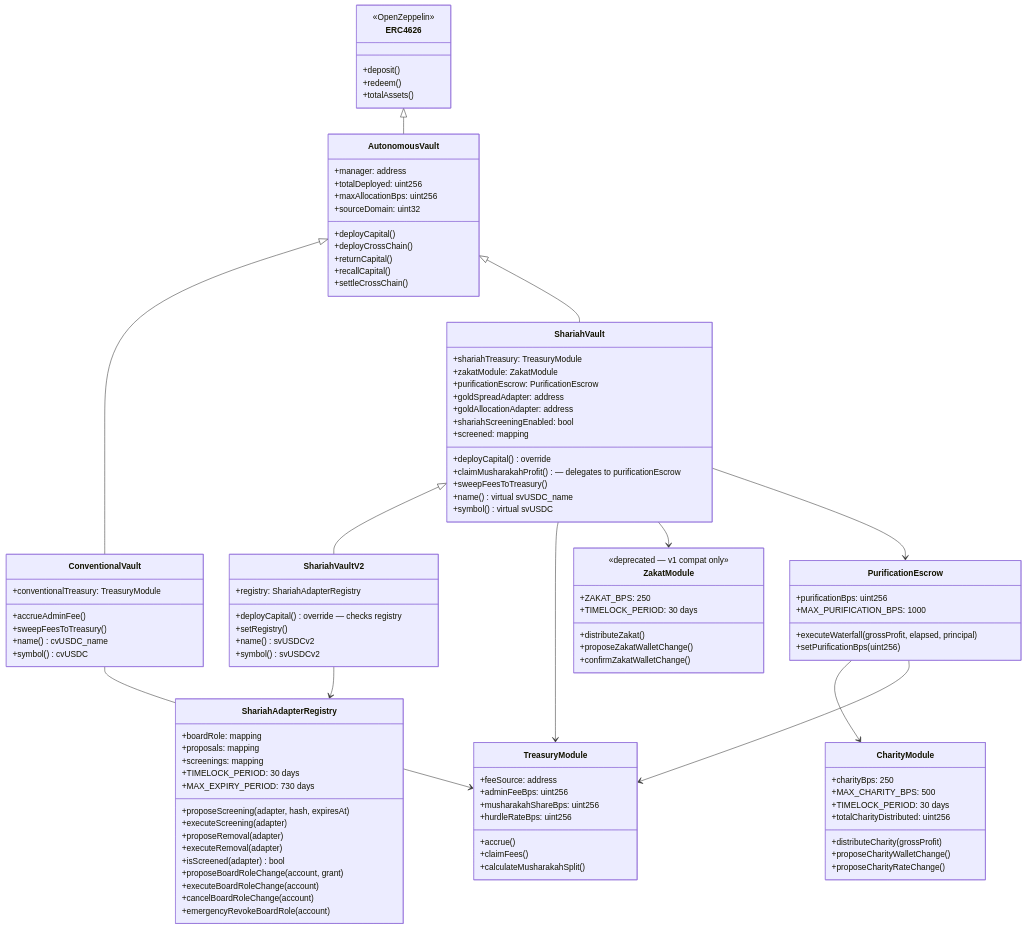
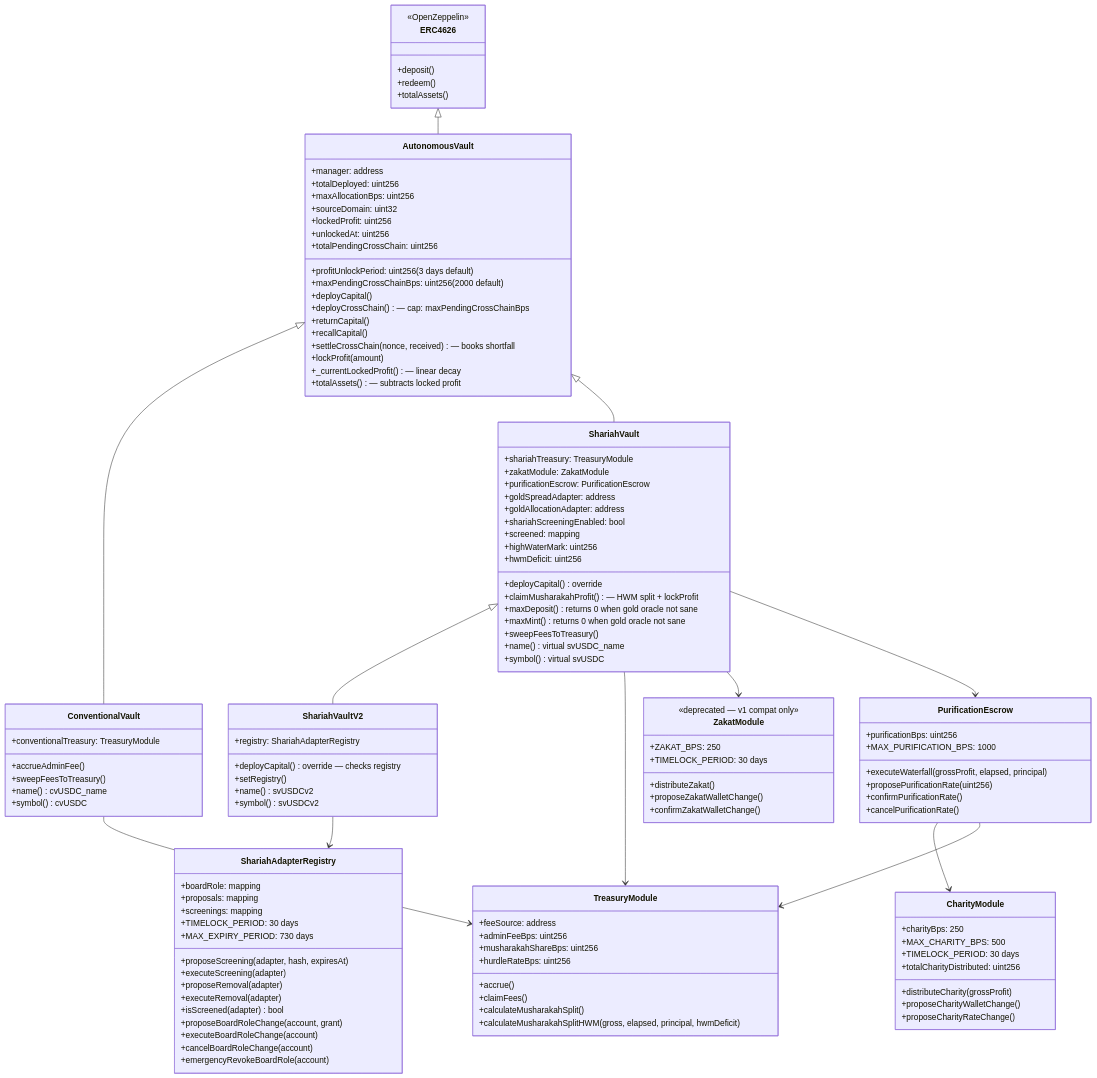
One commit to 0xhaz/DefiVault-Finance changed the second of 10 diagrams in README.md. Above: the diagram before and after it, drawn with Mermaid. The commit also changed other lines of this file and 73 other files, not shown here.

```diff
--- a/README.md
+++ b/README.md
@@ -152,11 +152,19 @@
         +totalDeployed: uint256
         +maxAllocationBps: uint256
         +sourceDomain: uint32
+        +lockedProfit: uint256
+        +unlockedAt: uint256
+        +profitUnlockPeriod: uint256 (3 days default)
+        +totalPendingCrossChain: uint256
+        +maxPendingCrossChainBps: uint256 (2000 default)
         +deployCapital()
-        +deployCrossChain()
+        +deployCrossChain() — cap: maxPendingCrossChainBps
         +returnCapital()
         +recallCapital()
-        +settleCrossChain()
+        +settleCrossChain(nonce, received) — books shortfall
+        +lockProfit(amount)
+        +_currentLockedProfit() — linear decay
+        +totalAssets() — subtracts locked profit
     }
 
     class ConventionalVault {
@@ -175,8 +183,12 @@
         +goldAllocationAdapter: address
         +shariahScreeningEnabled: bool
         +screened: mapping
+        +highWaterMark: uint256
+        +hwmDeficit: uint256
         +deployCapital() override
-        +claimMusharakahProfit() — delegates to purificationEscrow
+        +claimMusharakahProfit() — HWM split + lockProfit
+        +maxDeposit() returns 0 when gold oracle not sane
+        +maxMint() returns 0 when gold oracle not sane
         +sweepFeesToTreasury()
         +name() virtual svUSDC_name
         +symbol() virtual svUSDC
@@ -215,6 +227,7 @@
         +accrue()
         +claimFees()
         +calculateMusharakahSplit()
+        +calculateMusharakahSplitHWM(gross, elapsed, principal, hwmDeficit)
     }
 
     class ZakatModule {
@@ -240,7 +253,9 @@
         +purificationBps: uint256
         +MAX_PURIFICATION_BPS: 1000
         +executeWaterfall(grossProfit, elapsed, principal)
-        +setPurificationBps(uint256)
+        +proposePurificationRate(uint256)
+        +confirmPurificationRate()
+        +cancelPurificationRate()
     }
 
     ERC4626 <|-- AutonomousVault
```
